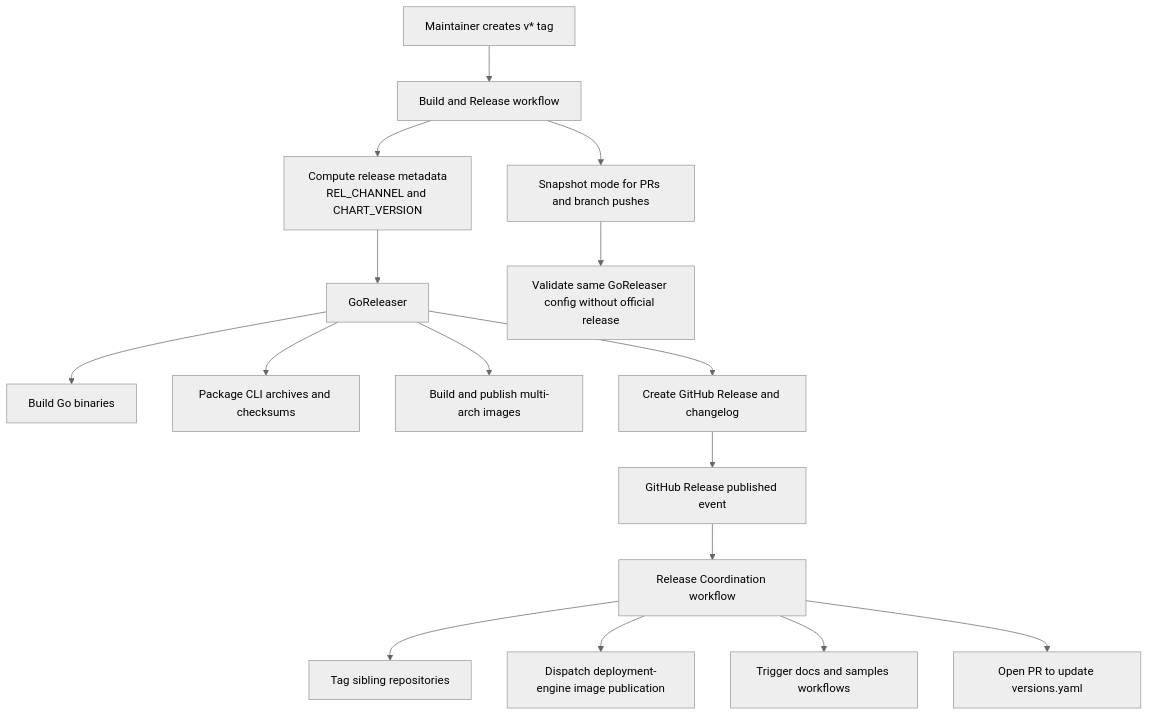
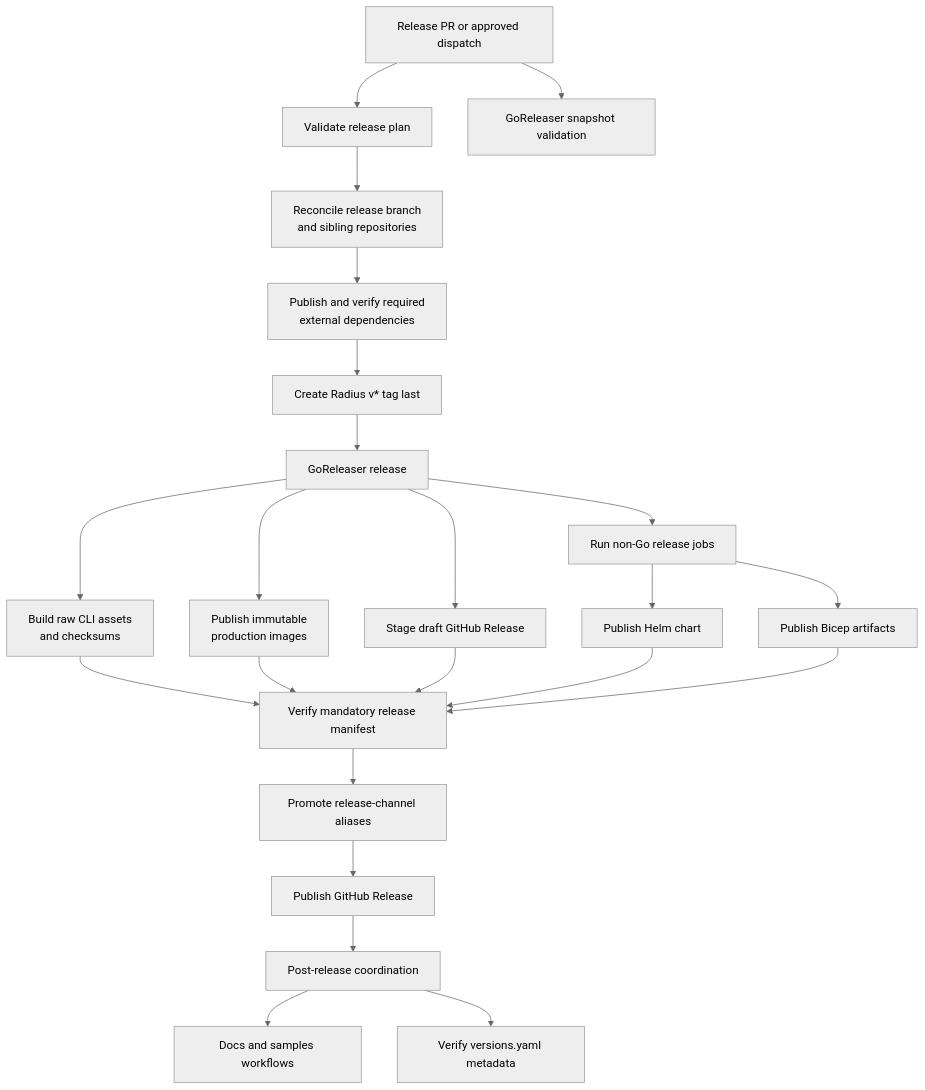
The diagram in eng/design-notes/tools/2026-03-goreleaser-release-lifecycle.md (radius-project/radius), drawn with Mermaid (neutral theme) before and after one commit. The commit also changed other lines of this file and 2 other files, not shown here.

First line of the commit message:
docs(release-lifecycle): define versioning source of truth (#12723)

````diff
--- a/eng/design-notes/tools/2026-03-goreleaser-release-lifecycle.md
+++ b/eng/design-notes/tools/2026-03-goreleaser-release-lifecycle.md
@@ -111,22 +129,30 @@
 ```mermaid
 flowchart TD
-    A[Maintainer creates v* tag] --> B[Build and Release workflow]
-    B --> C[Compute release metadata\nREL_CHANNEL and CHART_VERSION]
-    C --> D[GoReleaser]
+    A[Release PR or approved dispatch] --> P[Validate release plan]
+    P --> S[Reconcile release branch\nand sibling repositories]
+    S --> X[Publish and verify required\nexternal dependencies]
+    X --> T[Create Radius v* tag last]
 
-    D --> D1[Build Go binaries]
-    D --> D2[Package CLI archives and checksums]
-    D --> D3[Build and publish multi-arch images]
-    D --> D4[Create GitHub Release and changelog]
+    T --> G[GoReleaser release]
+    G --> G1[Build raw CLI assets\nand checksums]
+    G --> G2[Publish immutable\nproduction images]
+    G --> G3[Stage draft GitHub Release]
 
-    D4 --> E[GitHub Release published event]
-    E --> F[Release Coordination workflow]
+    G --> N[Run non-Go release jobs]
+    N --> N1[Publish Helm chart]
+    N --> N2[Publish Bicep artifacts]
 
-    F --> F1[Tag sibling repositories]
-    F --> F2[Dispatch deployment-engine image publication]
-    F --> F3[Trigger docs and samples workflows]
-    F --> F4[Open PR to update versions.yaml]
+    G1 --> V[Verify mandatory release manifest]
+    G2 --> V
+    G3 --> V
+    N1 --> V
+    N2 --> V
 
-    B --> G[Snapshot mode for PRs and branch pushes]
-    G --> G1[Validate same GoReleaser config without official release]
+    V --> C[Promote release-channel aliases]
+    C --> R[Publish GitHub Release]
+    R --> O[Post-release coordination]
+    O --> O1[Docs and samples workflows]
+    O --> O2[Verify versions.yaml metadata]
+
+    A --> Q[GoReleaser snapshot validation]
 ```
````
